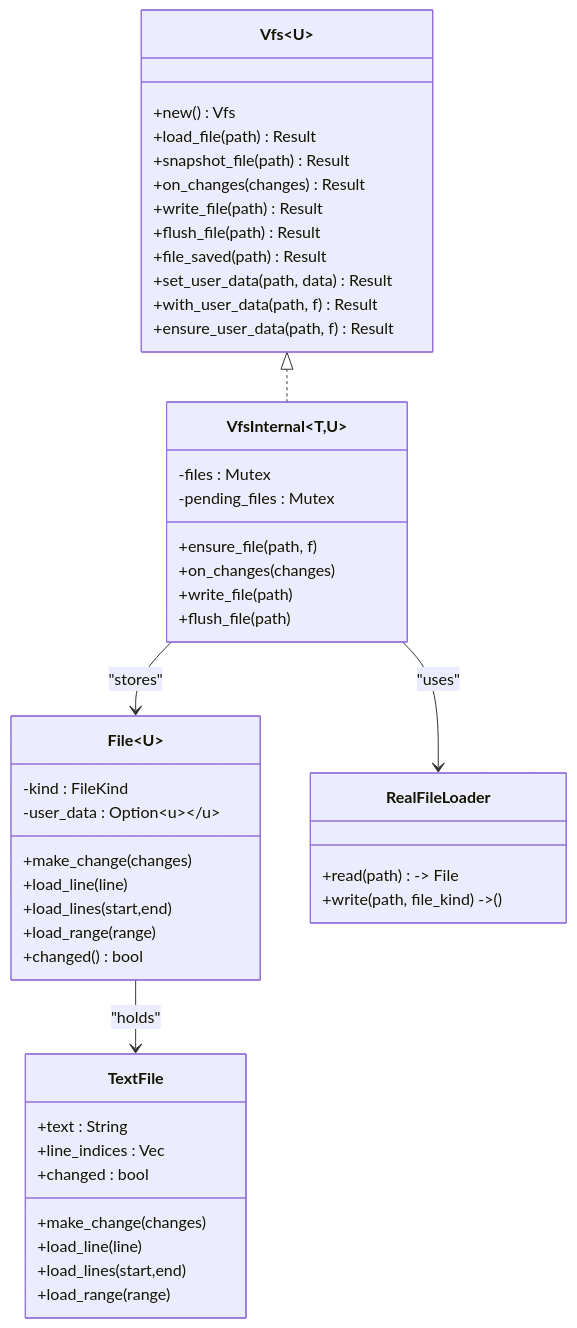
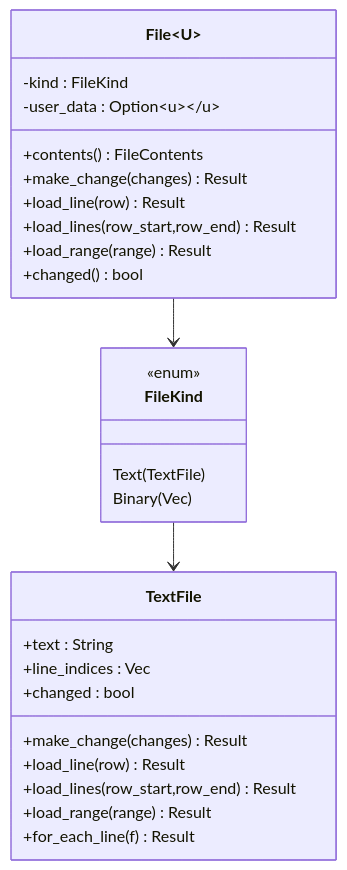
Before and after one commit to fenghaitao/dml-language-server: the sixth of 10 diagrams in .qoder/repowiki/en/content/Virtual File System.md, drawn with Mermaid. The commit also changed other lines of this file and 119 other files, not shown here.

````diff
--- a/.qoder/repowiki/en/content/Virtual File System.md
+++ b/.qoder/repowiki/en/content/Virtual File System.md
@@ -142,49 +310,30 @@
 ```mermaid
 classDiagram
-class Vfs~U~ {
-+new() Vfs
-+load_file(path) Result
-+snapshot_file(path) Result
-+on_changes(changes) Result
-+write_file(path) Result
-+flush_file(path) Result
-+file_saved(path) Result
-+set_user_data(path, data) Result
-+with_user_data(path, f) Result
-+ensure_user_data(path, f) Result
-}
-class VfsInternal~T,U~ {
--files : Mutex<HashMap>
--pending_files : Mutex<HashMap>
-+ensure_file(path, f)
-+on_changes(changes)
-+write_file(path)
-+flush_file(path)
-}
 class File~U~ {
 -kind : FileKind
 -user_data : Option<U>
-+make_change(changes)
-+load_line(line)
-+load_lines(start,end)
-+load_range(range)
++contents() FileContents
++make_change(changes) Result
++load_line(row) Result
++load_lines(row_start,row_end) Result
++load_range(range) Result
 +changed() bool
 }
 class TextFile {
 +text : String
 +line_indices : Vec<u32>
 +changed : bool
-+make_change(changes)
-+load_line(line)
-+load_lines(start,end)
-+load_range(range)
++make_change(changes) Result
++load_line(row) Result
++load_lines(row_start,row_end) Result
++load_range(range) Result
++for_each_line(f) Result
 }
-class RealFileLoader {
-+read(path) -> File
-+write(path, file_kind) -> ()
+class FileKind {
+<<enum>>
+Text(TextFile)
+Binary(Vec<u8>)
 }
-Vfs <|.. VfsInternal
-VfsInternal --> File : "stores"
-File --> TextFile : "holds"
-VfsInternal --> RealFileLoader : "uses"
+File --> FileKind
+FileKind --> TextFile
 ```
````
